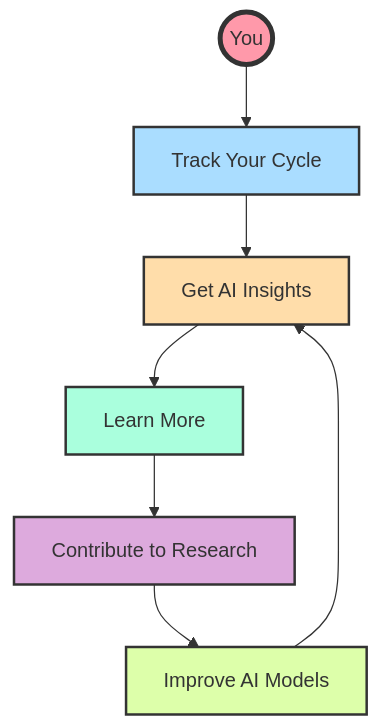
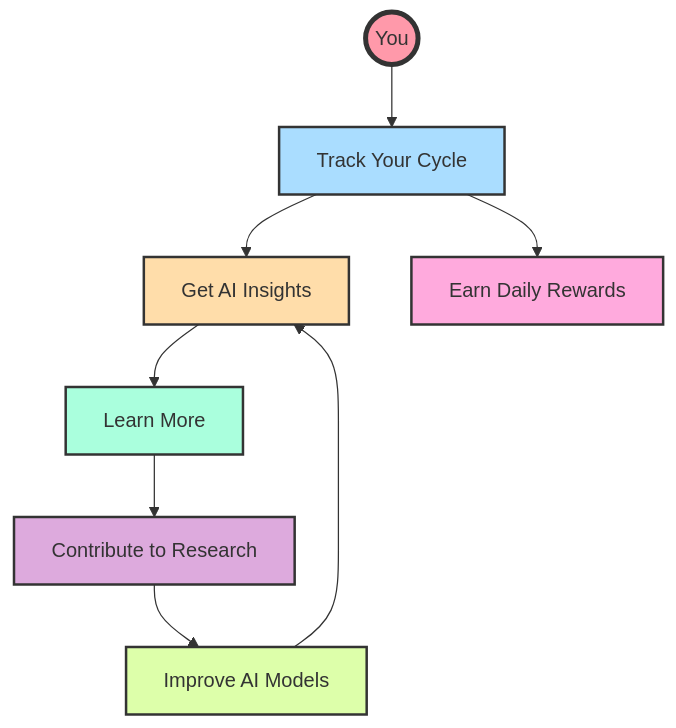
One commit to jaffarkeikei/CycleBuddy changed the sixth of 9 diagrams in README.md. Above: the diagram before and after it, drawn with Mermaid. The commit also changed other lines of this file and 92 other files, not shown here.

````diff
--- a/README.md
+++ b/README.md
@@ -126,16 +151,18 @@
 ```mermaid
 graph TD
     You((You)) --> Track[Track Your Cycle]
     Track --> Insights[Get AI Insights]
     Insights --> Learn[Learn More]
     Learn --> Contribute[Contribute to Research]
     Contribute --> Better[Improve AI Models]
     Better --> Insights
+    Track --> Rewards[Earn Daily Rewards]
     
     style You fill:#f9a,stroke:#333,stroke-width:4px
     style Track fill:#adf,stroke:#333,stroke-width:2px
     style Insights fill:#fda,stroke:#333,stroke-width:2px
     style Learn fill:#afd,stroke:#333,stroke-width:2px
     style Contribute fill:#dad,stroke:#333,stroke-width:2px
     style Better fill:#dfa,stroke:#333,stroke-width:2px
+    style Rewards fill:#fad,stroke:#333,stroke-width:2px
 ```
````
